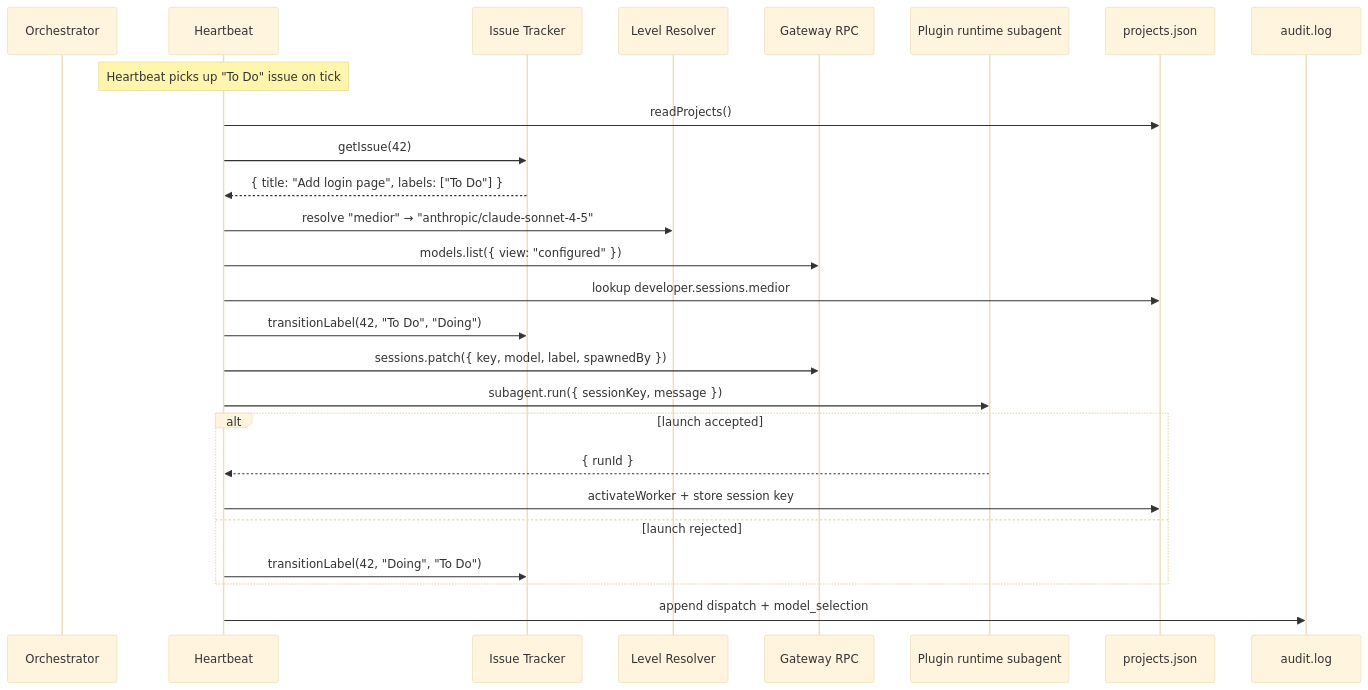
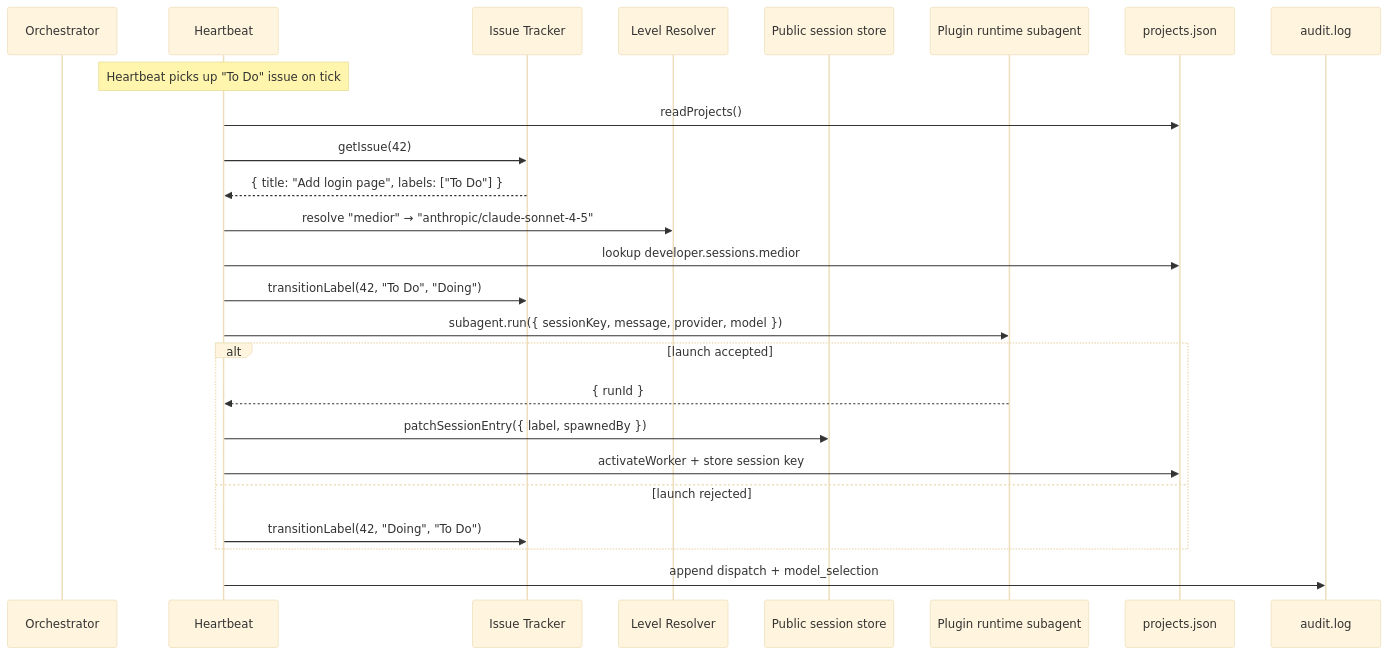
One commit to yaqub0r/devclaw changed the seventh of 13 diagrams in docs/ARCHITECTURE.md. Above: the diagram before and after it, drawn with Mermaid (base theme). The commit also changed other lines of this file and 6 other files, not shown here.

Commit message:
fix: use public subagent runtime for dispatch (#248)

````diff
--- a/docs/ARCHITECTURE.md
+++ b/docs/ARCHITECTURE.md
@@ -348,29 +354,28 @@
 ```mermaid
 sequenceDiagram
     participant A as Orchestrator
     participant HB as Heartbeat
     participant GL as Issue Tracker
     participant TIER as Level Resolver
-    participant GW as Gateway RPC
+    participant META as Public session store
     participant SUB as Plugin runtime subagent
     participant PJ as projects.json
     participant AL as audit.log
 
     Note over HB: Heartbeat picks up "To Do" issue on tick
     HB->>PJ: readProjects()
     HB->>GL: getIssue(42)
     GL-->>HB: { title: "Add login page", labels: ["To Do"] }
     HB->>TIER: resolve "medior" → "anthropic/claude-sonnet-4-5"
-    HB->>GW: models.list({ view: "configured" })
     HB->>PJ: lookup developer.sessions.medior
     HB->>GL: transitionLabel(42, "To Do", "Doing")
-    HB->>GW: sessions.patch({ key, model, label, spawnedBy })
-    HB->>SUB: subagent.run({ sessionKey, message })
+    HB->>SUB: subagent.run({ sessionKey, message, provider, model })
     alt launch accepted
         SUB-->>HB: { runId }
+        HB->>META: patchSessionEntry({ label, spawnedBy })
         HB->>PJ: activateWorker + store session key
     else launch rejected
         HB->>GL: transitionLabel(42, "Doing", "To Do")
     end
     HB->>AL: append dispatch + model_selection
 ```
````
